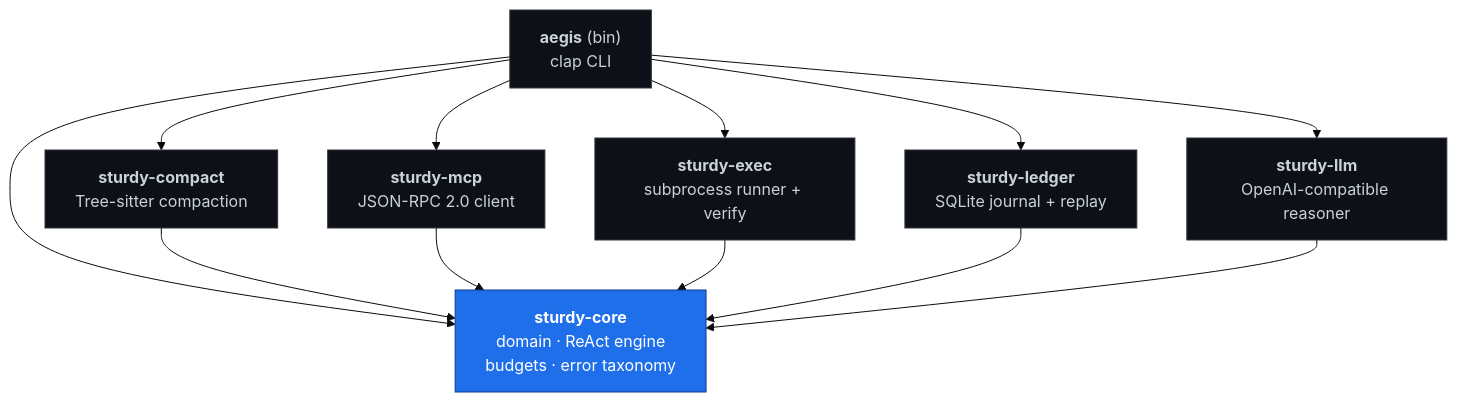
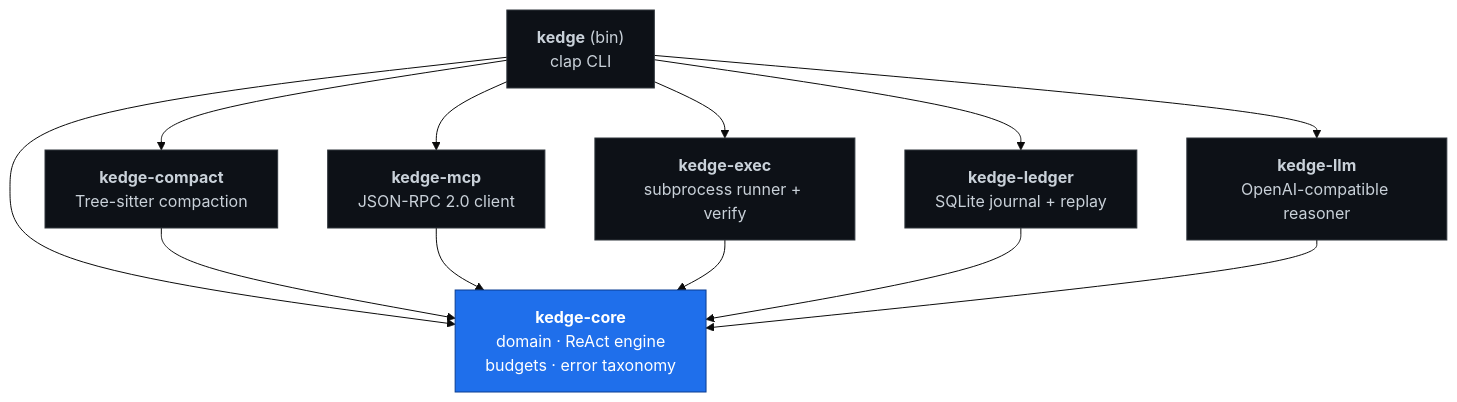
Before and after one commit to SturdyRobot/aegis: the first of 2 diagrams in README.md, drawn with Mermaid (base theme). The commit also changed other lines of this file and 107 other files, not shown here.

````diff
--- a/README.md
+++ b/README.md
@@ -117,22 +117,22 @@
 ```mermaid
 flowchart TD
-    CLI["<b>aegis</b> (bin)<br/>clap CLI"]
-    Core["<b>sturdy-core</b><br/>domain · ReAct engine<br/>budgets · error taxonomy"]
-    Compact["<b>sturdy-compact</b><br/>Tree-sitter compaction"]
-    MCP["<b>sturdy-mcp</b><br/>JSON-RPC 2.0 client"]
-    Exec["<b>sturdy-exec</b><br/>subprocess runner + verify"]
-    Ledger["<b>sturdy-ledger</b><br/>SQLite journal + replay"]
-    LLM["<b>sturdy-llm</b><br/>OpenAI-compatible reasoner"]
+    CLI["<b>kedge</b> (bin)<br/>clap CLI"]
+    Core["<b>kedge-core</b><br/>domain · ReAct engine<br/>budgets · error taxonomy"]
+    Compact["<b>kedge-compact</b><br/>Tree-sitter compaction"]
+    MCP["<b>kedge-mcp</b><br/>JSON-RPC 2.0 client"]
+    Exec["<b>kedge-exec</b><br/>subprocess runner + verify"]
+    Ledger["<b>kedge-ledger</b><br/>SQLite journal + replay"]
+    LLM["<b>kedge-llm</b><br/>OpenAI-compatible reasoner"]
 
     CLI --> Compact & MCP & Exec & Ledger & LLM & Core
     Compact --> Core
     MCP --> Core
     Exec --> Core
     Ledger --> Core
     LLM --> Core
 
     classDef root fill:#1f6feb,stroke:#0b3d91,color:#fff;
     classDef sat fill:#0d1117,stroke:#30363d,color:#c9d1d9;
     class Core root;
     class Compact,MCP,Exec,Ledger,LLM,CLI sat;
 ```
````
